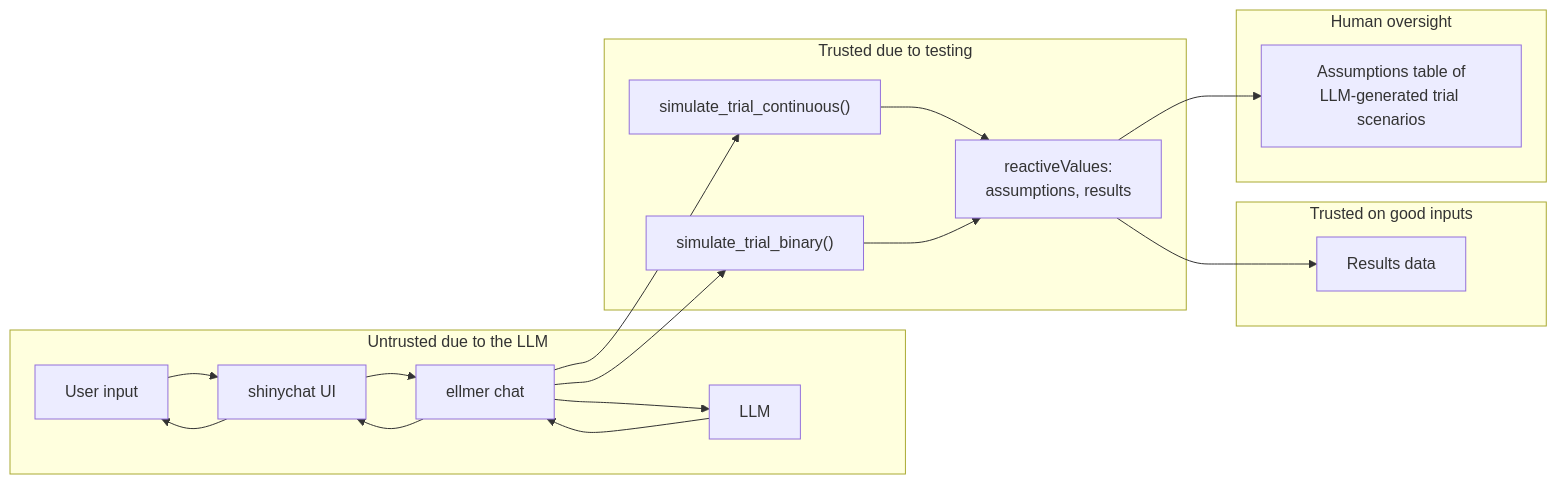
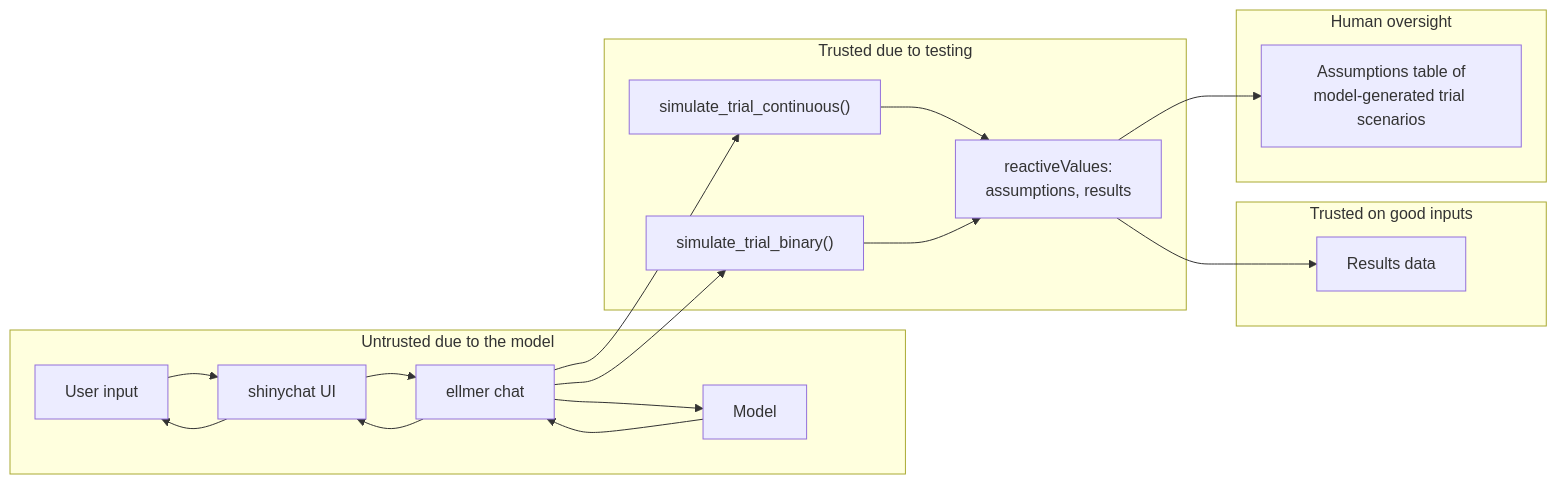
Before and after one commit to parmsam/trustedminiagents: the diagram in simulation.qmd, drawn with Mermaid. The commit also changed other lines of this file and 5 other files, not shown here.

Commit message:
'LLM' => 'AI model'

````diff
--- a/simulation.qmd
+++ b/simulation.qmd
@@ -29,23 +29,23 @@
 ```{mermaid}
 flowchart LR
-  subgraph Untrusted due to the LLM
+  subgraph Untrusted due to the model
     U["User input"] --> C["shinychat UI"]
     C --> U
     C --> L[ellmer chat]
-    L --> LLM
-    LLM --> L
+    L --> Model
+    Model --> L
     L --> C
   end
   subgraph Trusted due to testing
     L --> TC["simulate_trial_continuous()"]
     L --> TB["simulate_trial_binary()"]
     TC --> RV["reactiveValues:<br>assumptions, results"]
     TB --> RV
   end
   subgraph Trusted on good inputs
     RV --> R["Results data"]
   end
   subgraph Human oversight
-    RV --> A["Assumptions table of<br>LLM-generated trial scenarios"]
+    RV --> A["Assumptions table of<br>model-generated trial scenarios"]
   end
 ```
````
